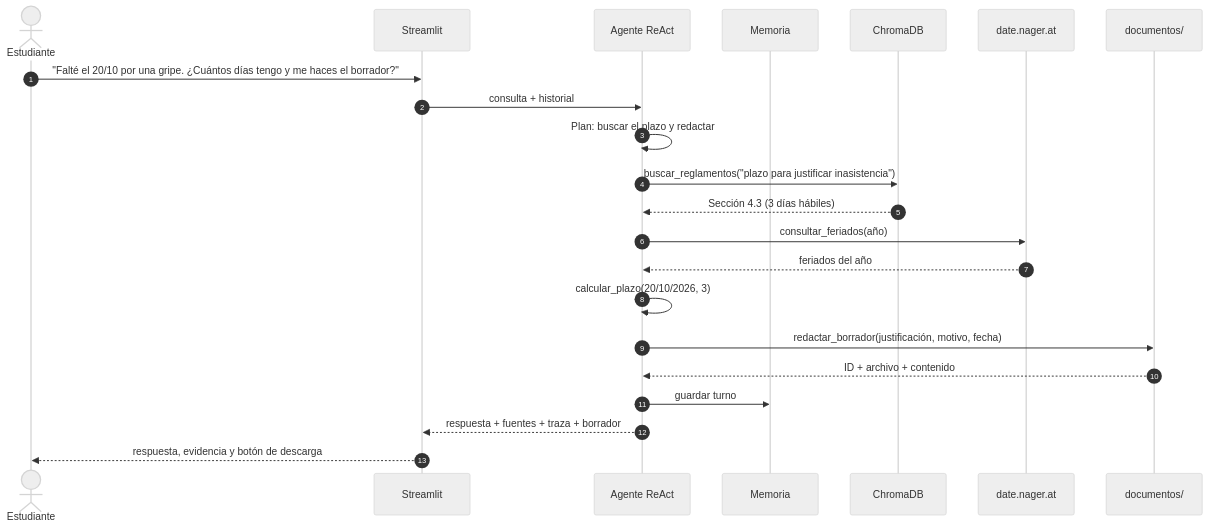
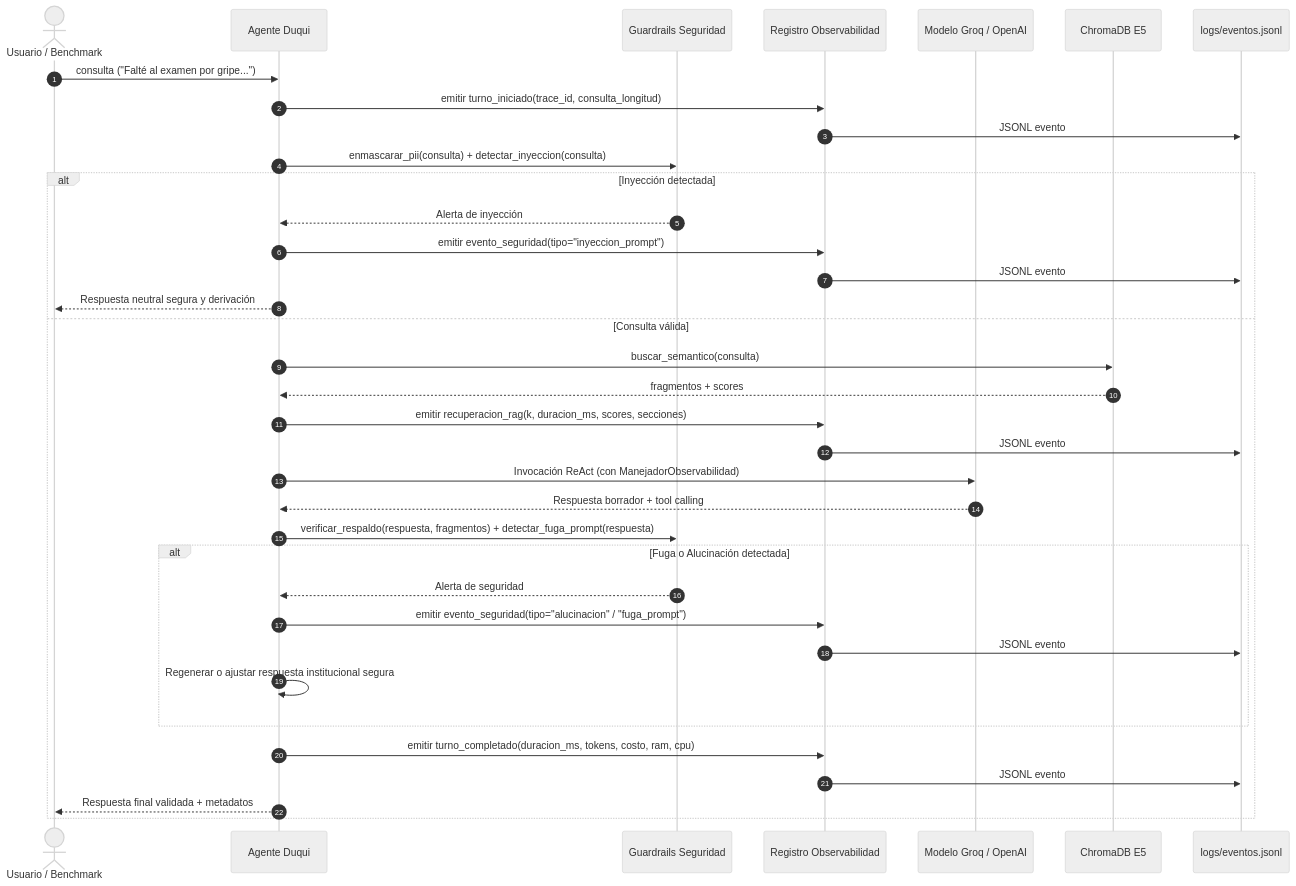
The second of 2 diagrams in README.md (BahQz/Asistente-DuocUC), drawn with Mermaid (neutral theme) before and after one commit. The commit also changed other lines of this file, not shown here.

Commit message:
docs(readme): documentacion completa ep3 de observabilidad, trazabilidad y seguridad

````diff
--- a/README.md
+++ b/README.md
@@ -119,25 +144,39 @@
 ```mermaid
 sequenceDiagram
     autonumber
-    actor E as Estudiante
-    participant UI as Streamlit
-    participant A as Agente ReAct
-    participant M as Memoria
-    participant V as ChromaDB
-    participant API as date.nager.at
-    participant D as documentos/
+    actor U as Usuario / Benchmark
+    participant AG as Agente Duqui
+    participant SEC as Guardrails Seguridad
+    participant REG as Registro Observabilidad
+    participant LLM as Modelo Groq / OpenAI
+    participant RAG as ChromaDB E5
+    participant LOG as logs/eventos.jsonl
 
-    E->>UI: "Falté el 20/10 por una gripe. ¿Cuántos días tengo y me haces el borrador?"
-    UI->>A: consulta + historial
-    A->>A: Plan: buscar el plazo y redactar
-    A->>V: buscar_reglamentos("plazo para justificar inasistencia")
-    V-->>A: Sección 4.3 (3 días hábiles)
-    A->>API: consultar_feriados(año)
-    API-->>A: feriados del año
-    A->>A: calcular_plazo(20/10/2026, 3)
-    A->>D: redactar_borrador(justificación, motivo, fecha)
-    D-->>A: ID + archivo + contenido
-    A->>M: guardar turno
-    A-->>UI: respuesta + fuentes + traza + borrador
-    UI-->>E: respuesta, evidencia y botón de descarga
+    U->>AG: consulta ("Falté al examen por gripe...")
+    AG->>REG: emitir turno_iniciado(trace_id, consulta_longitud)
+    REG->>LOG: JSONL evento
+    AG->>SEC: enmascarar_pii(consulta) + detectar_inyeccion(consulta)
+    alt Inyección detectada
+        SEC-->>AG: Alerta de inyección
+        AG->>REG: emitir evento_seguridad(tipo="inyeccion_prompt")
+        REG->>LOG: JSONL evento
+        AG-->>U: Respuesta neutral segura y derivación
+    else Consulta válida
+        AG->>RAG: buscar_semantico(consulta)
+        RAG-->>AG: fragmentos + scores
+        AG->>REG: emitir recuperacion_rag(k, duracion_ms, scores, secciones)
+        REG->>LOG: JSONL evento
+        AG->>LLM: Invocación ReAct (con ManejadorObservabilidad)
+        LLM-->>AG: Respuesta borrador + tool calling
+        AG->>SEC: verificar_respaldo(respuesta, fragmentos) + detectar_fuga_prompt(respuesta)
+        alt Fuga o Alucinación detectada
+            SEC-->>AG: Alerta de seguridad
+            AG->>REG: emitir evento_seguridad(tipo="alucinacion" / "fuga_prompt")
+            REG->>LOG: JSONL evento
+            AG->>AG: Regenerar o ajustar respuesta institucional segura
+        end
+        AG->>REG: emitir turno_completado(duracion_ms, tokens, costo, ram, cpu)
+        REG->>LOG: JSONL evento
+        AG-->>U: Respuesta final validada + metadatos
+    end
 ```
````
